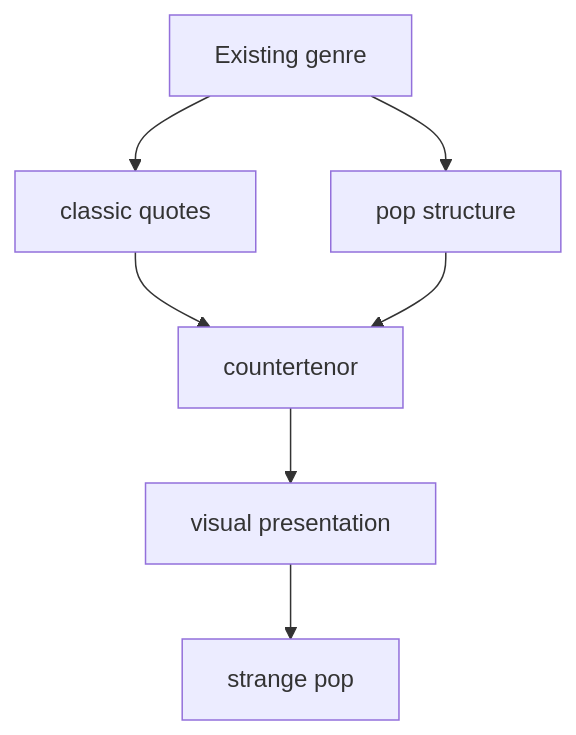
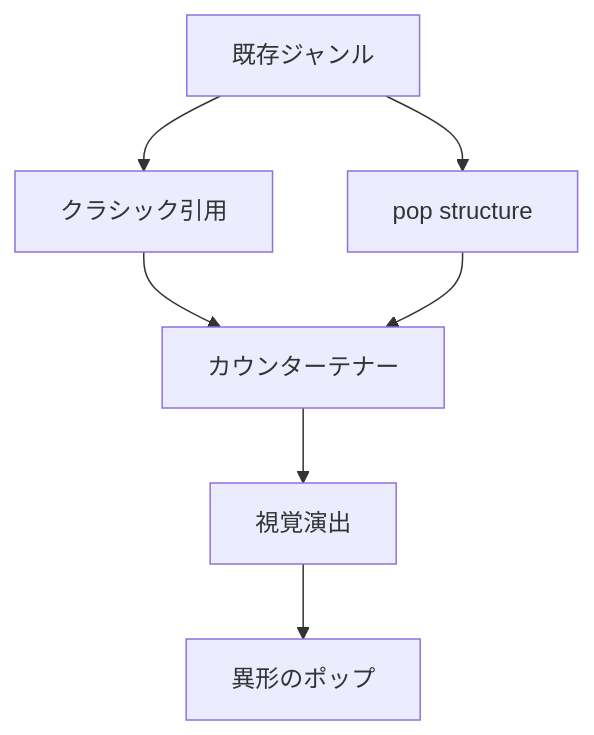
The first of 3 diagrams in en/_posts/2026-04-11-column-klaus-nomi.md (monumental-movement/monumental-movement.github.io), drawn with Mermaid before and after one commit. The commit also changed other lines of this file and 2196 other files, not shown here.

```diff
--- a/en/_posts/2026-04-11-column-klaus-nomi.md
+++ b/en/_posts/2026-04-11-column-klaus-nomi.md
@@ -205,9 +204,9 @@
 <div class="mermaid">
 flowchart TD
-A[Existing genre] --> B[classic quotes]
+A[既存ジャンル] --> B[クラシック引用]
 A --> C[pop structure]
-B --> D[countertenor]
+B --> D[カウンターテナー]
 C --> D
-D --> E[visual presentation]
-E --> F[strange pop]
+D --> E[視覚演出]
+E --> F[異形のポップ]
 </div>
```
